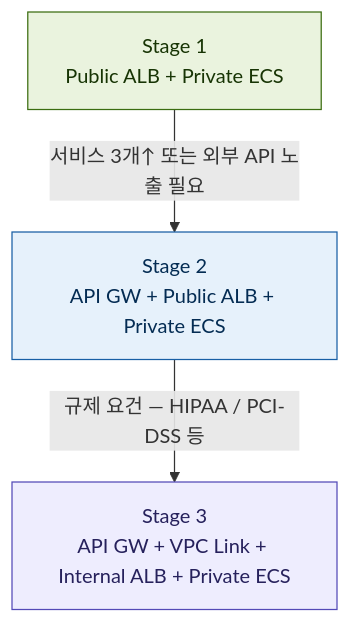
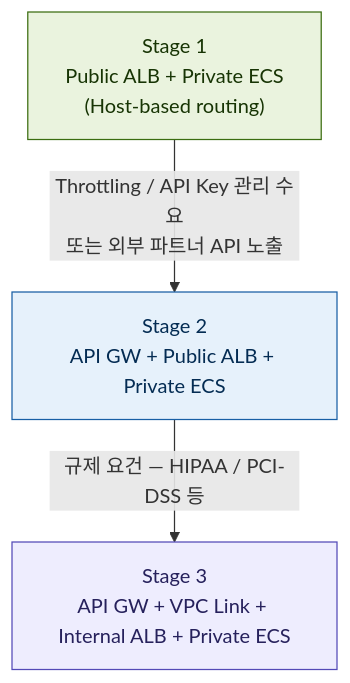
One commit to idjaeha/my-blog changed the fourth of 4 diagrams in src/content/blog/ko/aws-alb-ecs-architecture.mdx. Above: the diagram before and after it, drawn with Mermaid. The commit also changed other lines of this file and 1 other file, not shown here.

First line of the commit message:
feat: rewrite AWS ECS architecture post with Host-based routing and decision principles

````diff
--- a/src/content/blog/ko/aws-alb-ecs-architecture.mdx
+++ b/src/content/blog/ko/aws-alb-ecs-architecture.mdx
@@ -112,13 +235,13 @@
 ```mermaid
 flowchart TD
-    S1["Stage 1\nPublic ALB + Private ECS"]
+    S1["Stage 1\nPublic ALB + Private ECS\n(Host-based routing)"]
     S2["Stage 2\nAPI GW + Public ALB + Private ECS"]
     S3["Stage 3\nAPI GW + VPC Link + Internal ALB + Private ECS"]
 
-    S1 -->|"서비스 3개↑ 또는 외부 API 노출 필요"| S2
+    S1 -->|"Throttling / API Key 관리 수요\n또는 외부 파트너 API 노출"| S2
     S2 -->|"규제 요건 — HIPAA / PCI-DSS 등"| S3
 
     style S1 fill:#EAF3DE,stroke:#3B6D11,color:#173404
     style S2 fill:#E6F1FB,stroke:#185FA5,color:#042C53
     style S3 fill:#EEEDFE,stroke:#534AB7,color:#26215C
 ```
````
